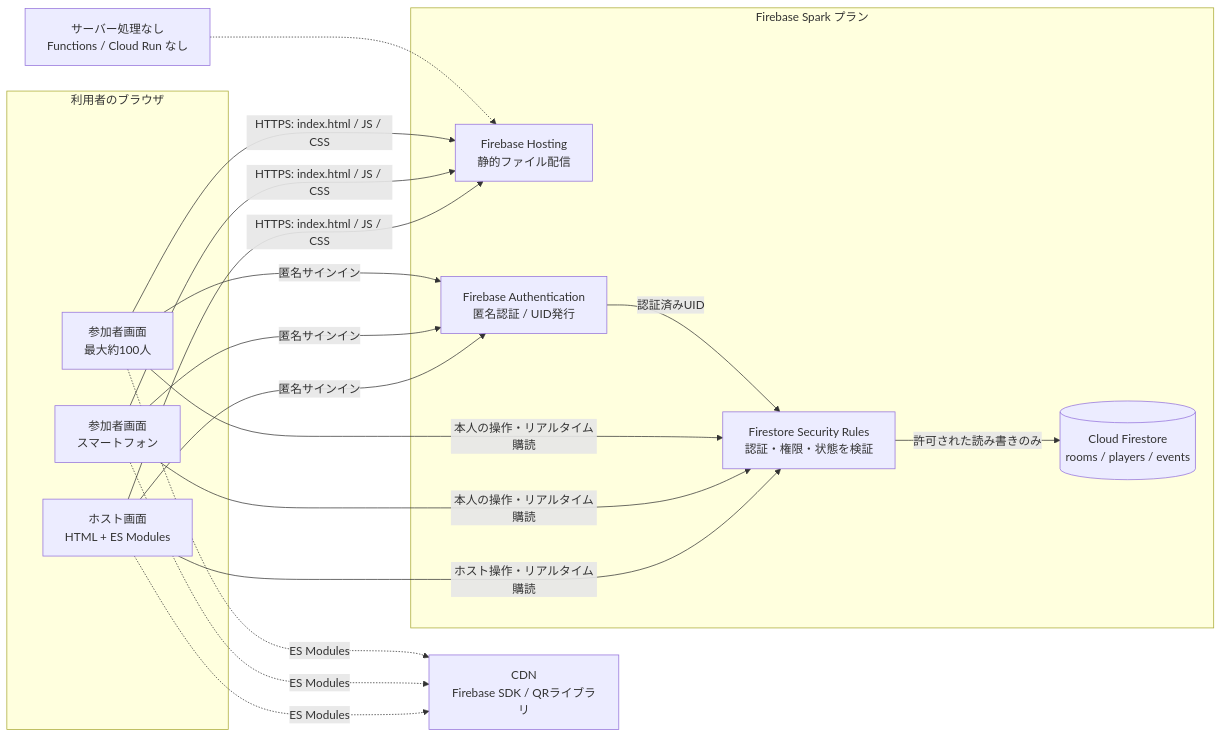
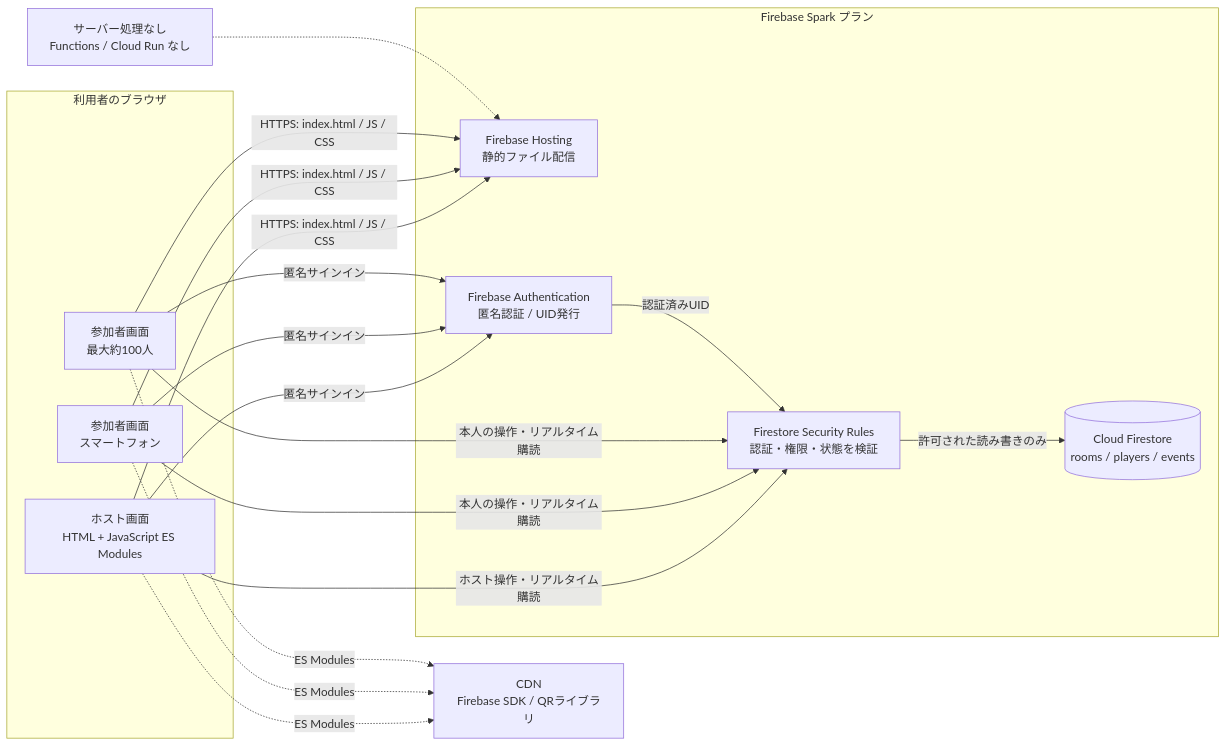
One commit to yuuka51/gcp-bingo changed the first of 5 diagrams in docs/diagrams.md. Above: the diagram before and after it, drawn with Mermaid. The commit also changed 1 other file, not shown here.

Commit message:
docs: state JavaScript as the implementation language

````diff
--- a/docs/diagrams.md
+++ b/docs/diagrams.md
@@ -9,38 +9,38 @@
 ```mermaid
 flowchart LR
   subgraph Clients[利用者のブラウザ]
-    H[ホスト画面<br/>HTML + ES Modules]
+    H[ホスト画面<br/>HTML + JavaScript ES Modules]
     P1[参加者画面<br/>スマートフォン]
     P2[参加者画面<br/>最大約100人]
   end
 
   CDN[CDN<br/>Firebase SDK / QRライブラリ]
 
   subgraph Firebase[Firebase Spark プラン]
     Hosting[Firebase Hosting<br/>静的ファイル配信]
     Auth[Firebase Authentication<br/>匿名認証 / UID発行]
     Rules[Firestore Security Rules<br/>認証・権限・状態を検証]
     DB[(Cloud Firestore<br/>rooms / players / events)]
   end
 
   H -->|HTTPS: index.html / JS / CSS| Hosting
   P1 -->|HTTPS: index.html / JS / CSS| Hosting
   P2 -->|HTTPS: index.html / JS / CSS| Hosting
 
   H -.->|ES Modules| CDN
   P1 -.->|ES Modules| CDN
   P2 -.->|ES Modules| CDN
 
   H -->|匿名サインイン| Auth
   P1 -->|匿名サインイン| Auth
   P2 -->|匿名サインイン| Auth
 
   H -->|ホスト操作・リアルタイム購読| Rules
   P1 -->|本人の操作・リアルタイム購読| Rules
   P2 -->|本人の操作・リアルタイム購読| Rules
   Auth -->|認証済みUID| Rules
   Rules -->|許可された読み書きのみ| DB
 
   Notes[サーバー処理なし<br/>Functions / Cloud Run なし]
   Notes -.-> Hosting
 ```
````
